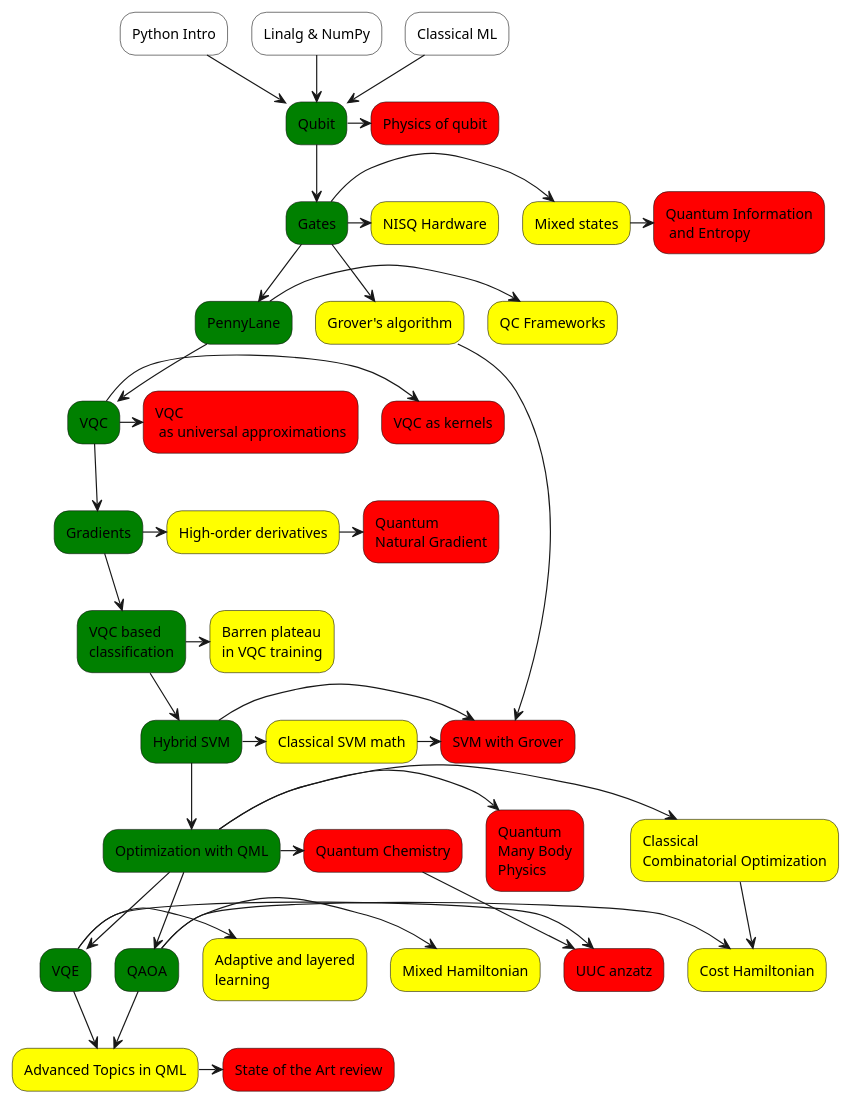
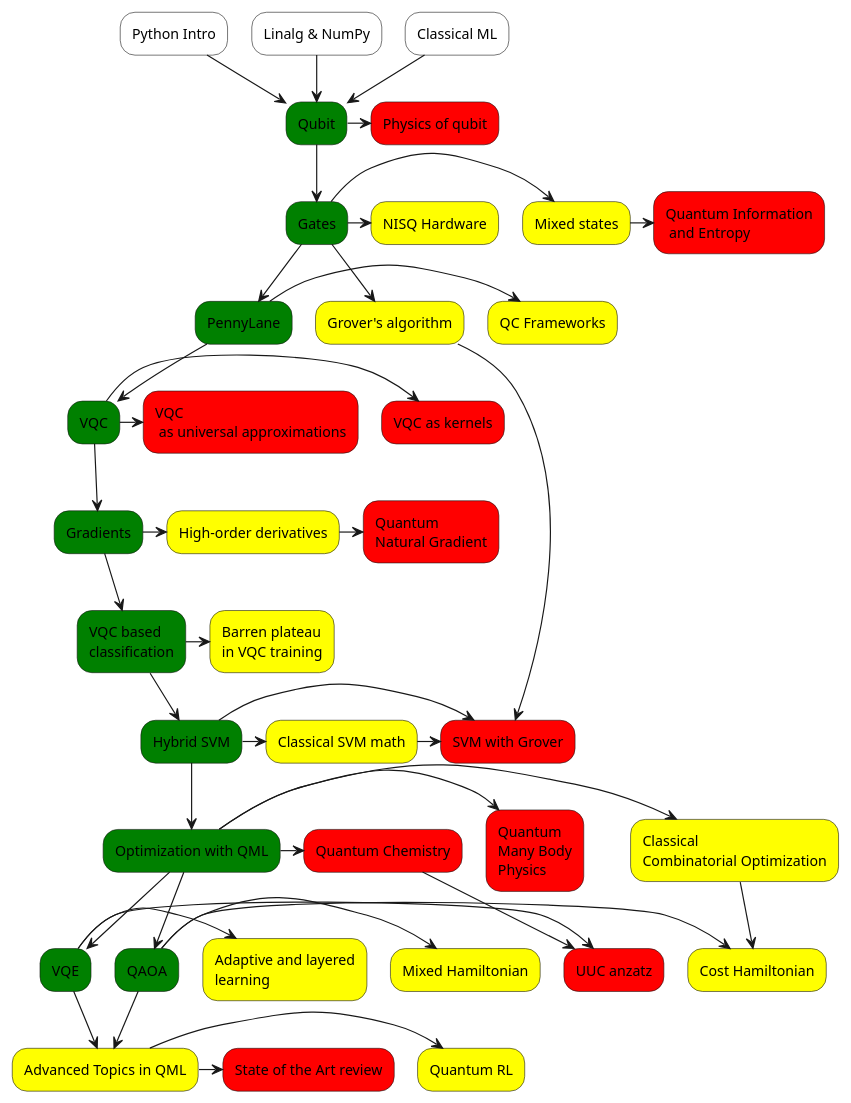
Before and after one commit to quantum-ods/qmlcourse: the diagram in COURSE_PROGRAM.org, drawn with PlantUML. The commit also changed 2 other files, not shown here.

Commit message:
Add Quantum RL
On branch course-programm
Changes to be committed:
modified:   COURSE_PROGRAM.html
modified:   COURSE_PROGRAM.org
modified:   images/course_program.png

```diff
--- a/COURSE_PROGRAM.org
+++ b/COURSE_PROGRAM.org
@@ -11,41 +11,42 @@
 #+begin_src plantuml :file ./images/course_program.png
 "Python Intro" #White --> "Qubit" #Green
 "Linalg & NumPy" #White --> "Qubit"
 "Classical ML" #White --> "Qubit"
 "Qubit" -> "Physics of qubit" #Red
 "Qubit" --> "Gates" #Green
 "Gates" -> "NISQ Hardware" #Yellow
 "Gates" -> "Grover's algorithm" #Yellow
 "Gates" -> "Mixed states" #Yellow
 "Mixed states" -> "Quantum Information\n and Entropy" #Red
 "Gates" --> "PennyLane" #Green
 "PennyLane" -> "QC Frameworks" #Yellow
 "PennyLane" --> "VQC" #Green
 "VQC" -> "VQC\n as universal approximations" #Red
 "VQC" -> "VQC as kernels" #Red
 "VQC" --> "Gradients" #Green
 "Gradients" -> "High-order derivatives" #Yellow
 "High-order derivatives" -> "Quantum\nNatural Gradient" #Red
 "Gradients" --> "VQC based\nclassification" #Green
 "VQC based\nclassification" -> "Barren plateau\nin VQC training" #Yellow
 "VQC based\nclassification" --> "Hybrid SVM" #Green
 "Hybrid SVM" -> "Classical SVM math" #Yellow
 "Hybrid SVM" -> "SVM with Grover" #Red
 "Classical SVM math" -> "SVM with Grover"
 "Grover's algorithm" --> "SVM with Grover"
 "Hybrid SVM" --> "Optimization with QML" #Green
 "Optimization with QML" -> "Classical\nCombinatorial Optimization" #Yellow
 "Optimization with QML" -> "Quantum\nMany Body\nPhysics" #Red
 "Optimization with QML" -> "Quantum Chemistry" #Red
 "Optimization with QML" --> "VQE" #Green
 "VQE" -> "Adaptive and layered\nlearning" #Yellow
 "VQE" -> "UUC anzatz" #Red
 "Quantum Chemistry" --> "UUC anzatz"
 "Optimization with QML" --> "QAOA" #Green
 "QAOA" -> "Mixed Hamiltonian" #Yellow
 "QAOA" -> "Cost Hamiltonian" #Yellow
 "Classical\nCombinatorial Optimization" --> "Cost Hamiltonian"
 "QAOA" --> "Advanced Topics in QML" #Yellow
 "VQE" --> "Advanced Topics in QML"
 "Advanced Topics in QML" -> "State of the Art review" #Red
+"Advanced Topics in QML" -> "Quantum RL" #Yellow
 #+end_src
```
